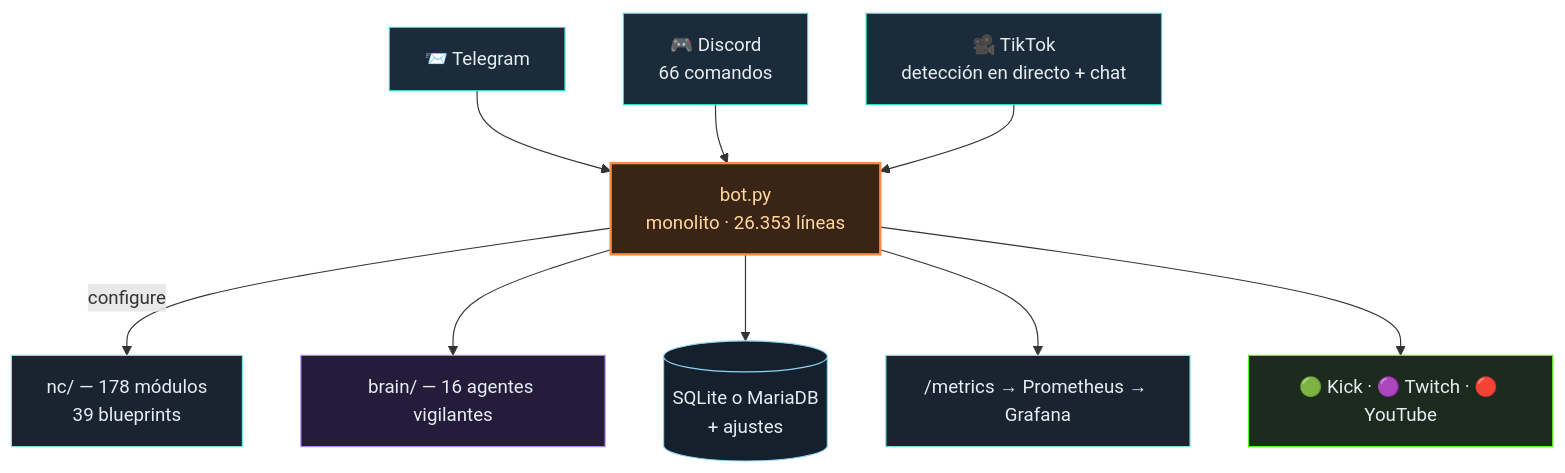
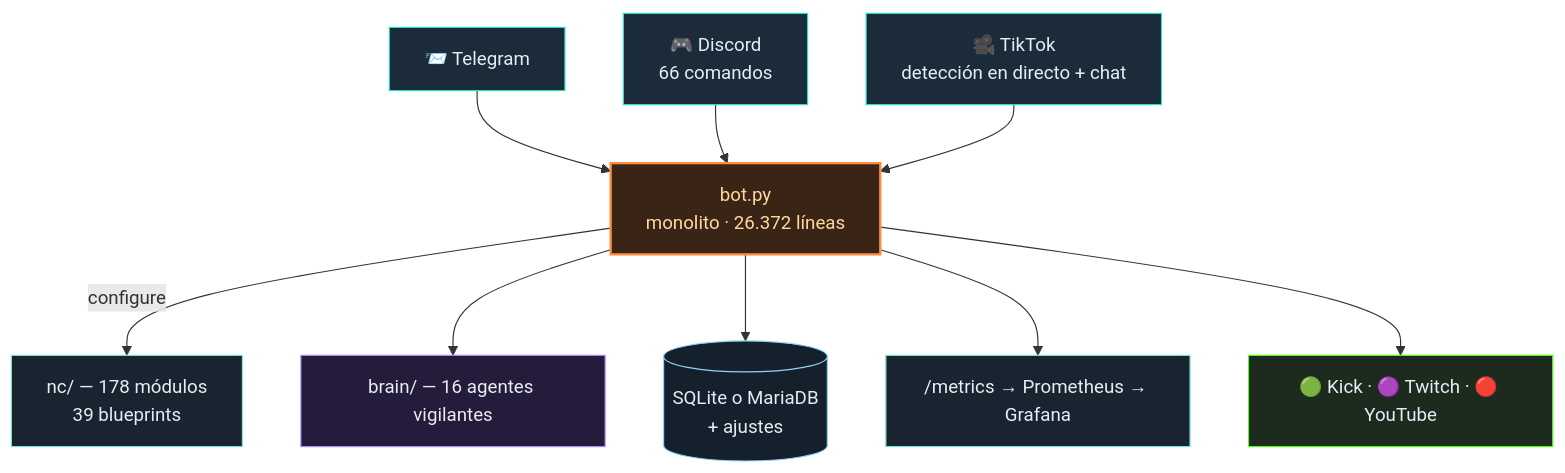
One commit to itsamemedev/Telegram-Stream-Info-Bot changed the diagram in README.es.md. Above: the diagram before and after it, drawn with Mermaid. The commit also changed 16 other files, not shown here.

````diff
--- a/README.es.md
+++ b/README.es.md
@@ -64,18 +64,18 @@
 ```mermaid
 flowchart TB
     TG["📨 Telegram"]:::ein --> BOT
     DC["🎮 Discord<br/>66 comandos"]:::ein --> BOT
     TT["🎥 TikTok<br/>detección en directo + chat"]:::ein --> BOT
-    BOT["bot.py<br/>monolito · 26.353 líneas"]:::core
+    BOT["bot.py<br/>monolito · 26.372 líneas"]:::core
     BOT -->|configure| NC["nc/ — 178 módulos<br/>39 blueprints"]:::lib
     BOT --> BRAIN["brain/ — 16 agentes vigilantes"]:::brain
     BOT --> DB[("SQLite o MariaDB<br/>+ ajustes")]:::db
     BOT --> PROM["/metrics → Prometheus → Grafana"]:::lib
     BOT --> OUT["🟢 Kick · 🟣 Twitch · 🔴 YouTube"]:::out
     classDef ein fill:#1c2b3a,stroke:#2de1c2,color:#e6edf3
     classDef core fill:#3a2415,stroke:#ff8c42,stroke-width:2px,color:#ffd9a0
     classDef lib fill:#1a2430,stroke:#7fe7d4,color:#e6edf3
     classDef brain fill:#241c3a,stroke:#a78bfa,color:#e6edf3
     classDef db fill:#14202c,stroke:#8fd3f4,color:#e6edf3
     classDef out fill:#1c2b1e,stroke:#53fc18,color:#e6edf3
 ```
````
